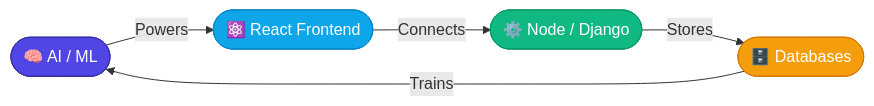
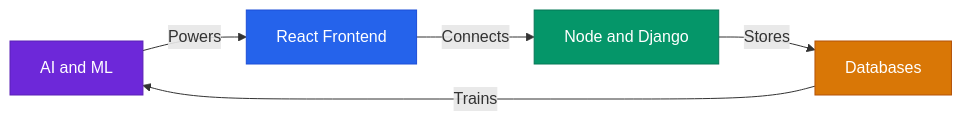
Before and after one commit to Hamza-Kahloon786/Hamza-Kahloon786: the first of 10 diagrams in README.md, drawn with Mermaid. The commit also changed other lines of this file and 23 other files, not shown here.

````diff
--- a/README.md
+++ b/README.md
@@ -38,11 +38,11 @@
 ```mermaid
 graph LR
-    A([🧠 AI / ML]) -->|Powers| B([⚛️ React Frontend])
-    B -->|Connects| C([⚙️ Node / Django])
-    C -->|Stores| D([🗄️ Databases])
+    A[AI and ML] -->|Powers| B[React Frontend]
+    B -->|Connects| C[Node and Django]
+    C -->|Stores| D[Databases]
     D -->|Trains| A
-    style A fill:#4F46E5,color:#fff,stroke:#3730A3
-    style B fill:#0EA5E9,color:#fff,stroke:#0284C7
-    style C fill:#10B981,color:#fff,stroke:#059669
-    style D fill:#F59E0B,color:#fff,stroke:#D97706
+    style A fill:#6D28D9,color:#fff,stroke:#5B21B6
+    style B fill:#2563EB,color:#fff,stroke:#1D4ED8
+    style C fill:#059669,color:#fff,stroke:#047857
+    style D fill:#D97706,color:#fff,stroke:#B45309
 ```
````
